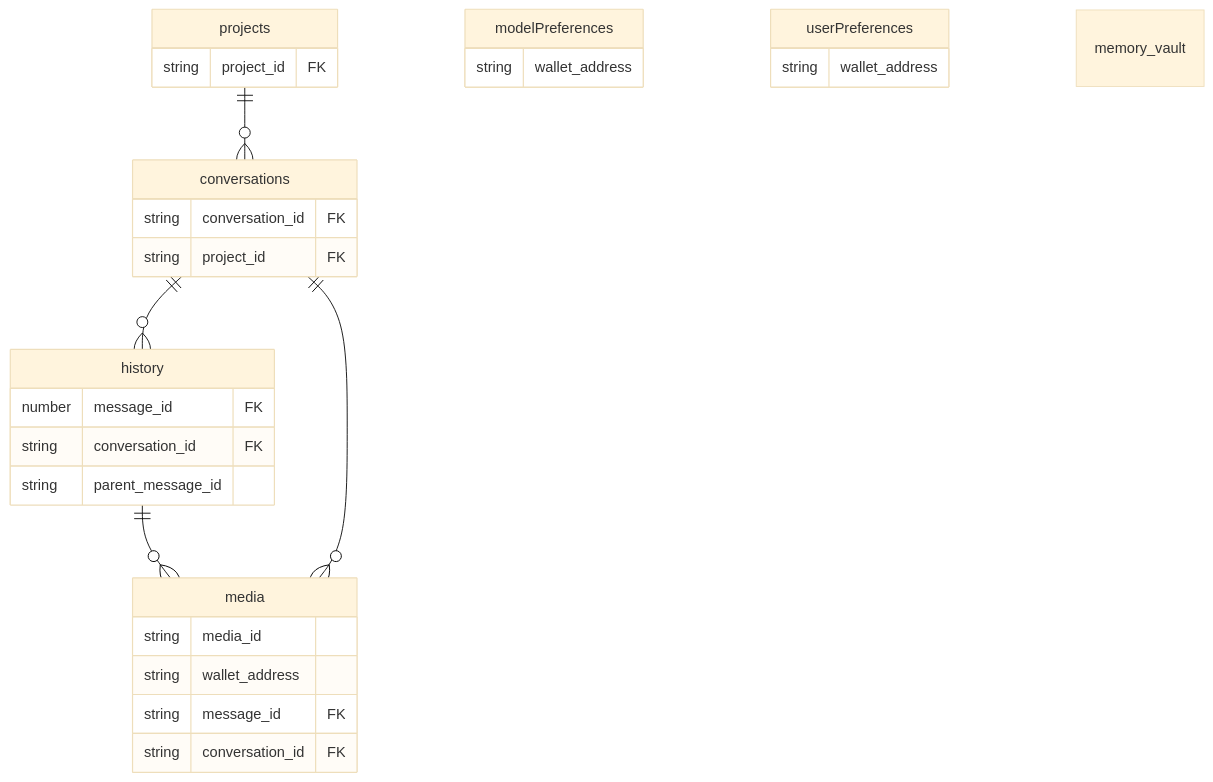
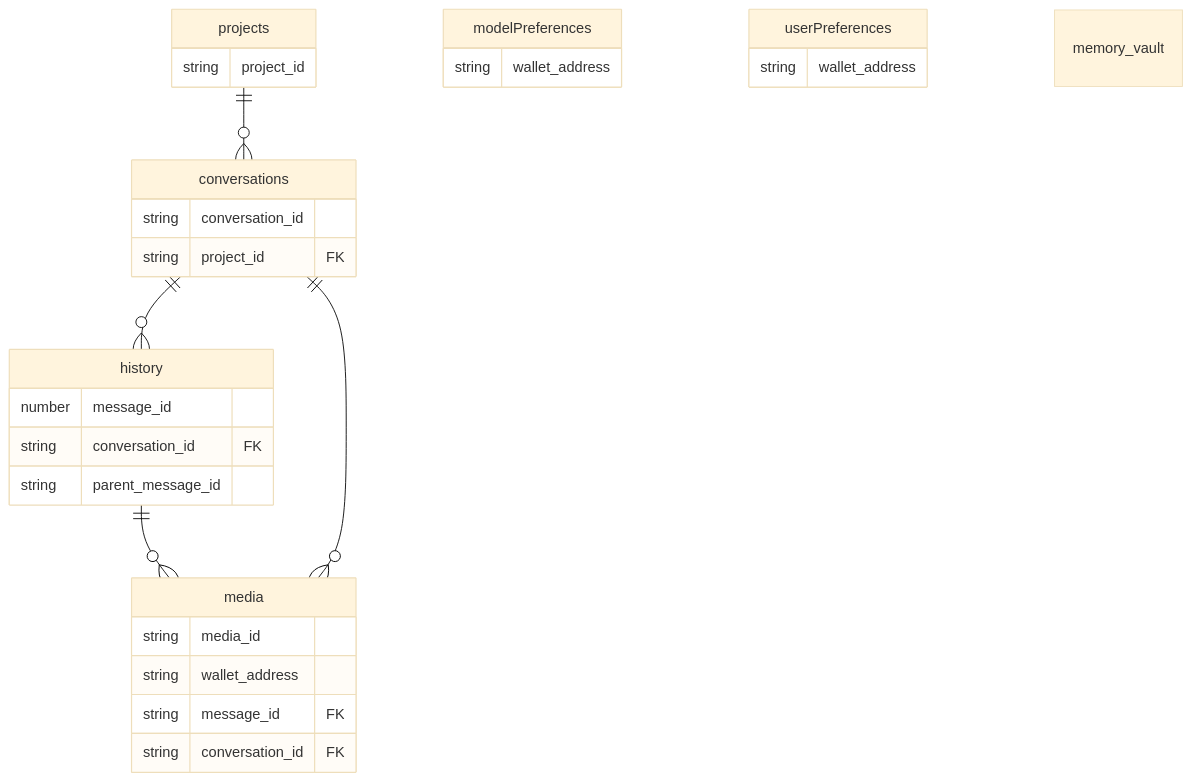
Before and after one commit to anuma-ai/sdk: the diagram in docs/schema.md, drawn with Mermaid (base theme). The commit also changed 1 other file, not shown here.

Commit message:
docs: fix FK markers to only apply on belongs_to side

````diff
--- a/docs/schema.md
+++ b/docs/schema.md
@@ -5,33 +5,33 @@
 ```mermaid
 erDiagram
     history {
-        number message_id FK
+        number message_id
         string conversation_id FK
         string parent_message_id
     }
     conversations {
-        string conversation_id FK
+        string conversation_id
         string project_id FK
     }
     projects {
-        string project_id FK
+        string project_id
     }
     modelPreferences {
         string wallet_address
     }
     userPreferences {
         string wallet_address
     }
     memory_vault {
     }
     media {
         string media_id
         string wallet_address
         string message_id FK
         string conversation_id FK
     }
     conversations ||--o{ history : ""
     history ||--o{ media : ""
     projects ||--o{ conversations : ""
     conversations ||--o{ media : ""
 ```
````
